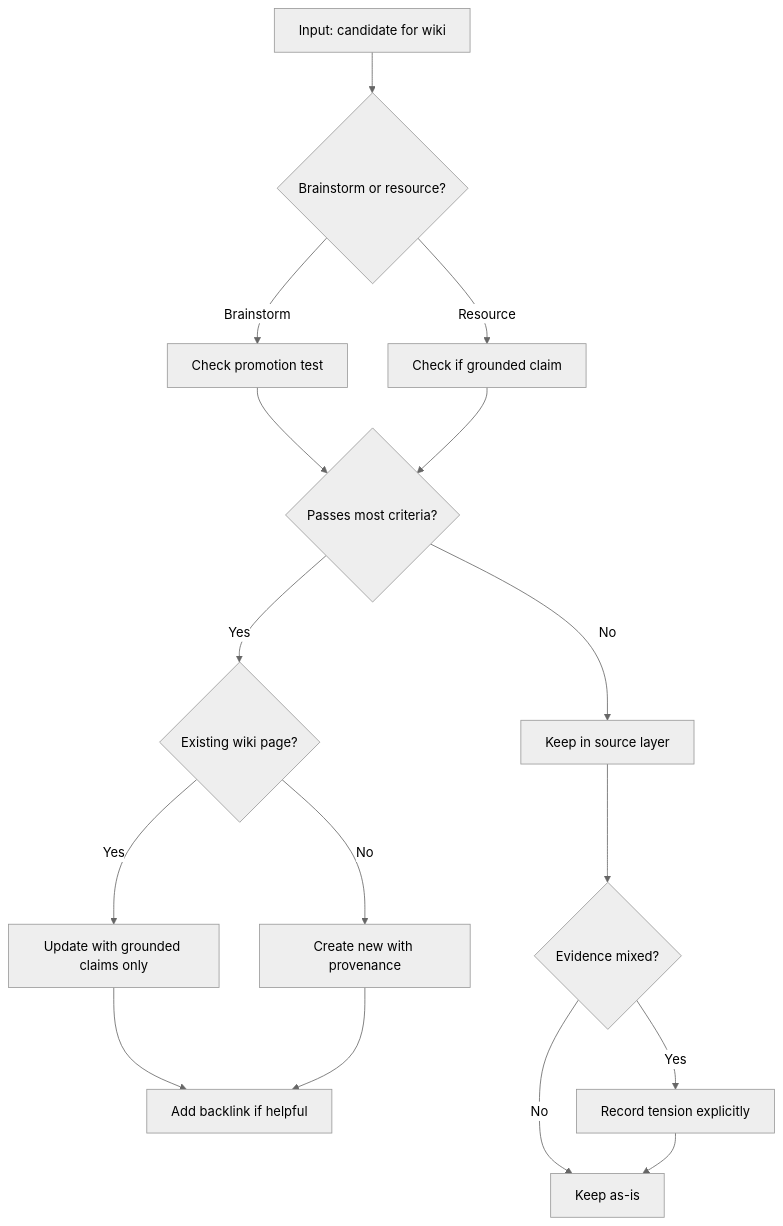
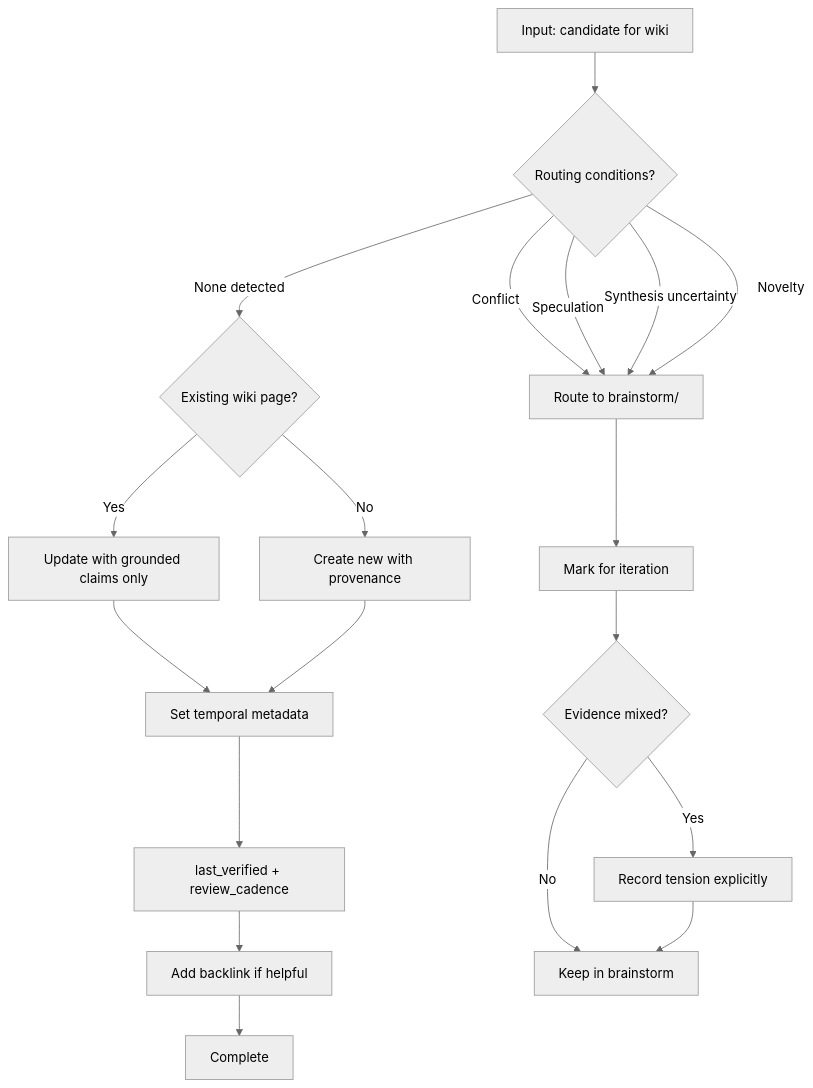
Before and after one commit to gengyabc/baicai-notebook: diagram 20 of 22 in docs/routing-flows.md, drawn with Mermaid (neutral theme). The commit also changed other lines of this file and 3 other files, not shown here.

Commit message:
chore(vault): Clarify routing and review metadata

````diff
--- a/docs/routing-flows.md
+++ b/docs/routing-flows.md
@@ -504,18 +516,21 @@
 ```mermaid
 flowchart TD
-    A[Input: candidate for wiki] --> B{Brainstorm or resource?}
-    B -->|Brainstorm| C[Check promotion test]
-    B -->|Resource| D[Check if grounded claim]
-    C --> E{Passes most criteria?}
-    D --> E
-    E -->|No| F[Keep in source layer]
-    E -->|Yes| G{Existing wiki page?}
-    G -->|Yes| H[Update with grounded claims only]
-    G -->|No| I[Create new with provenance]
-    H --> J[Add backlink if helpful]
-    I --> J
-    F --> K{Evidence mixed?}
-    K -->|Yes| L[Record tension explicitly]
-    K -->|No| M[Keep as-is]
+    A[Input: candidate for wiki] --> B{Routing conditions?}
+    B -->|Conflict| C[Route to brainstorm/]
+    B -->|Speculation| C
+    B -->|Synthesis uncertainty| C
+    B -->|Novelty| C
+    B -->|None detected| D{Existing wiki page?}
+    C --> E[Mark for iteration]
+    D -->|Yes| F[Update with grounded claims only]
+    D -->|No| G[Create new with provenance]
+    E --> H{Evidence mixed?}
+    F --> I[Set temporal metadata]
+    G --> I
+    I --> J[last_verified + review_cadence]
+    J --> K[Add backlink if helpful]
+    H -->|Yes| L[Record tension explicitly]
+    H -->|No| M[Keep in brainstorm]
     L --> M
+    K --> N[Complete]
 ```
````
